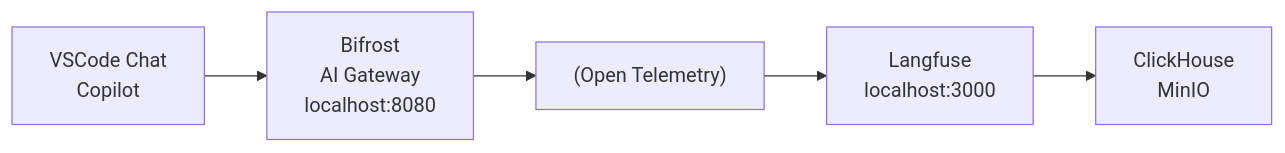
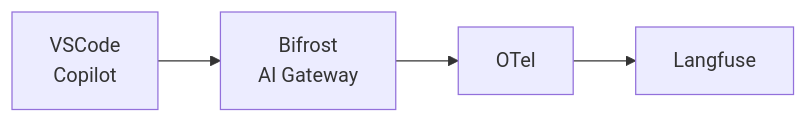
The diagram in content/slides/2026-07-01-ws-langfuse-ai-ent/_index.md (chechiachang/chechiachang.github.io-src), drawn with Mermaid before and after one commit. The commit also changed other lines of this file and 26 other files, not shown here.

```diff
--- a/content/slides/2026-07-01-ws-langfuse-ai-ent/_index.md
+++ b/content/slides/2026-07-01-ws-langfuse-ai-ent/_index.md
@@ -330,19 +326,12 @@
 {{< mermaid >}}
 graph LR
-
-    A["VSCode Chat
-    Copilot"]
+    A["VSCode
+    Copilot "]
     B["Bifrost
-    AI Gateway
-    localhost:8080"]
-    C["(Open Telemetry)"]
-    D["Langfuse
-    localhost:3000"]
-    E["ClickHouse
-    MinIO"]
-    
+    AI Gateway "]
+    C["OTel "]
+    D["Langfuse "]
     A --> B
     B --> C
     C --> D
-    D --> E
 {{< /mermaid >}}
```
